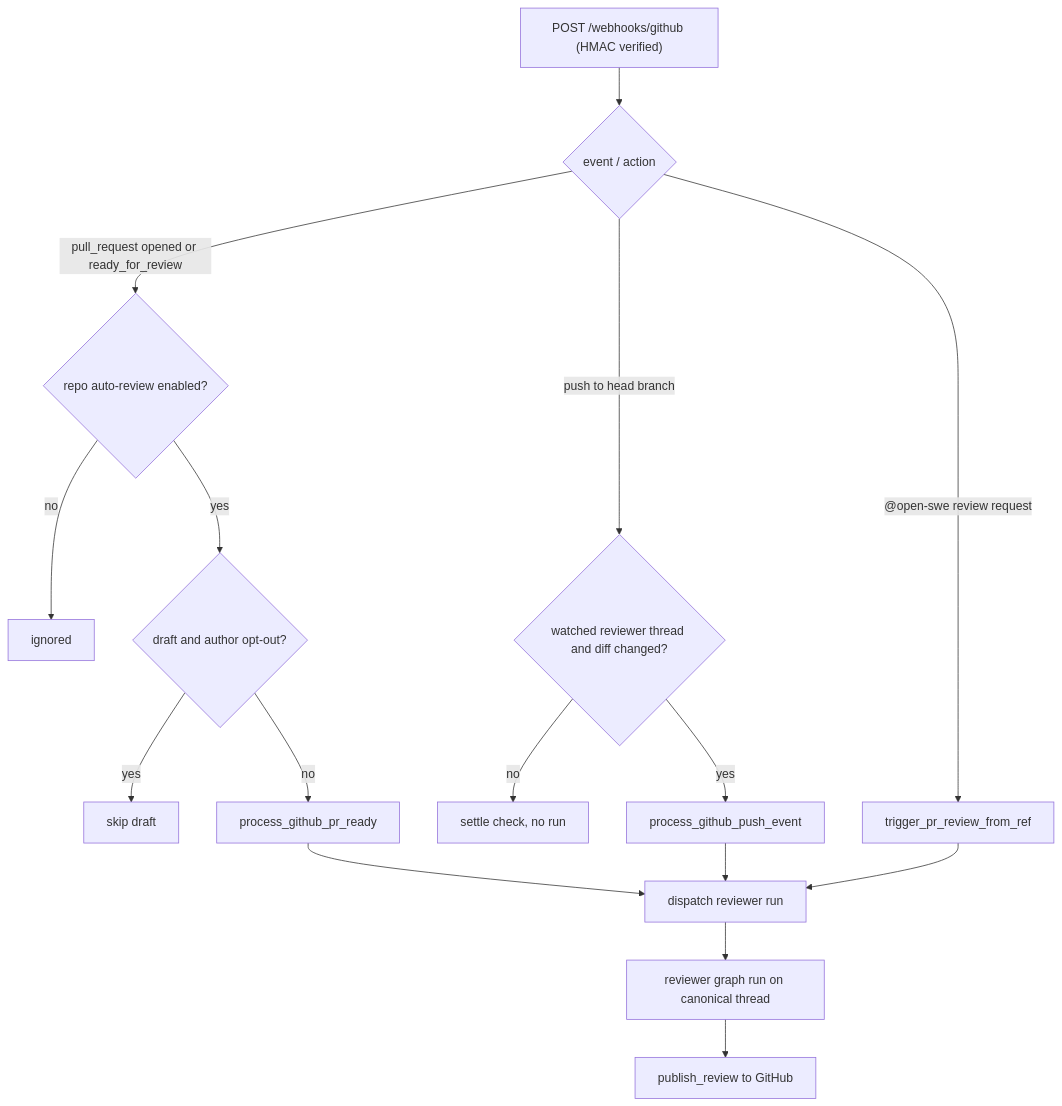
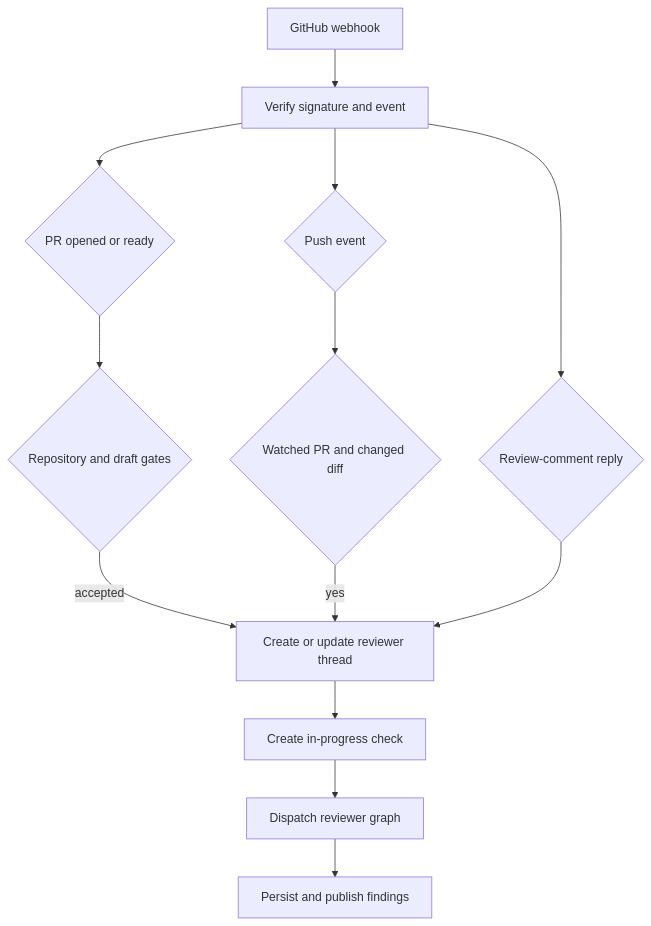
Before and after one commit to langchain-ai/open-swe: the first of 2 diagrams in openwiki/workflows/pr-review.md, drawn with Mermaid. The commit also changed other lines of this file and 52 other files, not shown here.

Commit message:
docs(repo): update OpenWiki

````diff
--- a/openwiki/workflows/pr-review.md
+++ b/openwiki/workflows/pr-review.md
@@ -75,18 +68,15 @@
 ```mermaid
 flowchart TD
-  WH["POST /webhooks/github (HMAC verified)"] --> EV{"event / action"}
-  EV -->|"pull_request opened or ready_for_review"| GATE{"repo auto-review enabled?"}
-  GATE -->|no| SKIP1["ignored"]
-  GATE -->|yes| DRAFT{"draft and author opt-out?"}
-  DRAFT -->|yes| SKIP2["skip draft"]
-  DRAFT -->|no| FIRST["process_github_pr_ready"]
-  EV -->|"push to head branch"| WATCH{"watched reviewer thread and diff changed?"}
-  WATCH -->|no| SETTLE["settle check, no run"]
-  WATCH -->|yes| RE["process_github_push_event"]
-  EV -->|"@open-swe review request"| REQ["trigger_pr_review_from_ref"]
-  FIRST --> DISPATCH["dispatch reviewer run"]
-  RE --> DISPATCH
-  REQ --> DISPATCH
-  DISPATCH --> RUN["reviewer graph run on canonical thread"]
-  RUN --> PUB["publish_review to GitHub"]
+  Ingress["GitHub webhook"] --> Verify["Verify signature and event"]
+  Verify --> First{"PR opened or ready"}
+  Verify --> Push{"Push event"}
+  Verify --> Reply{"Review-comment reply"}
+  First --> Gate{"Repository and draft gates"}
+  Gate -->|"accepted"| Start["Create or update reviewer thread"]
+  Push --> Watch{"Watched PR and changed diff"}
+  Watch -->|"yes"| Start
+  Reply --> Start
+  Start --> Check["Create in-progress check"]
+  Check --> Run["Dispatch reviewer graph"]
+  Run --> Publish["Persist and publish findings"]
 ```
````
